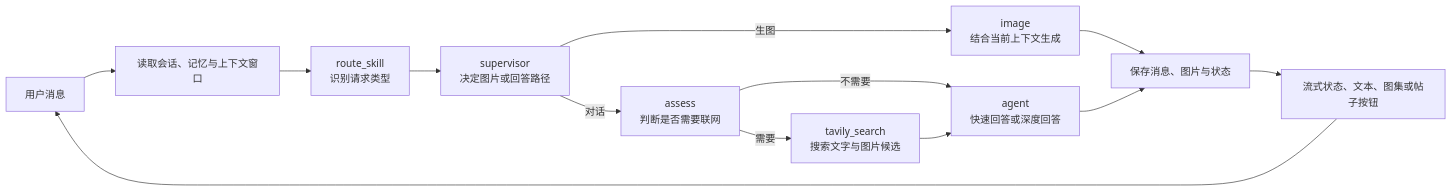
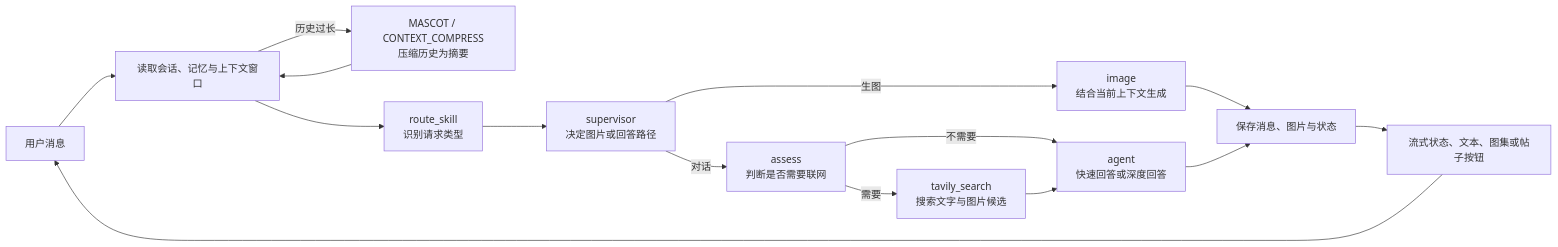
Before and after one commit to pluchon/mengmeng_forum: diagram 14 of 18 in README.md, drawn with Mermaid. The commit also changed other lines of this file, not shown here.

````diff
--- a/README.md
+++ b/README.md
@@ -223,15 +320,17 @@
 ```mermaid
 flowchart LR
   U["用户消息"] --> INIT["读取会话、记忆与上下文窗口"]
+  INIT -->|历史过长| COMP["MASCOT / CONTEXT_COMPRESS<br/>压缩历史为摘要"]
+  COMP --> INIT
   INIT --> SKILL["route_skill<br/>识别请求类型"]
   SKILL --> SUP["supervisor<br/>决定图片或回答路径"]
   SUP -->|生图| IMG["image<br/>结合当前上下文生成"]
   SUP -->|对话| ASSESS["assess<br/>判断是否需要联网"]
   ASSESS -->|需要| WEB["tavily_search<br/>搜索文字与图片候选"]
   ASSESS -->|不需要| AGENT["agent<br/>快速回答或深度回答"]
   WEB --> AGENT
   IMG --> SAVE["保存消息、图片与状态"]
   AGENT --> SAVE
   SAVE --> EVENT["流式状态、文本、图集或帖子按钮"]
   EVENT --> U
 ```
````
